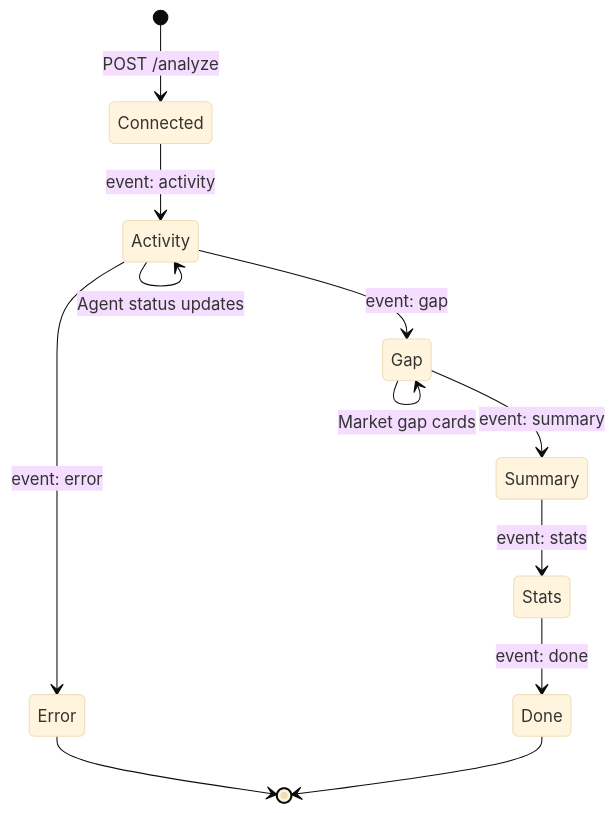
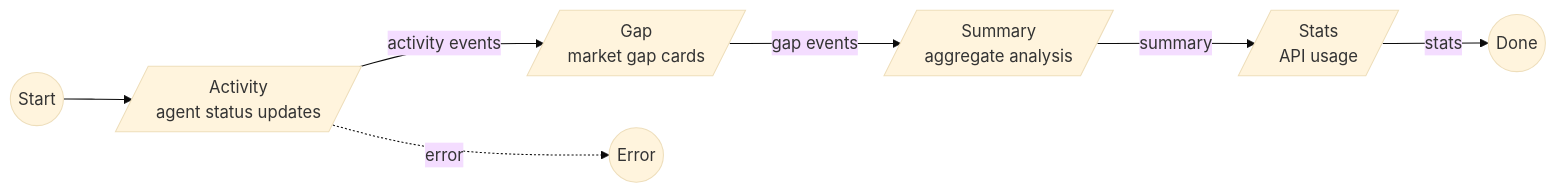
One commit to omorros/Blindspot. changed the fourth of 6 diagrams in README.md. Above: the diagram before and after it, drawn with Mermaid (base theme). The commit also changed other lines of this file, not shown here.

````diff
--- a/README.md
+++ b/README.md
@@ -207,15 +219,14 @@
 ```mermaid
-stateDiagram-v2
-    [*] --> Connected: POST /analyze
-    Connected --> Activity: event: activity
-    Activity --> Activity: Agent status updates
-    Activity --> Gap: event: gap
-    Gap --> Gap: Market gap cards
-    Gap --> Summary: event: summary
-    Summary --> Stats: event: stats
-    Stats --> Done: event: done
-    Done --> [*]
+flowchart LR
+    Start((Start)) --> Activity
+    Activity -->|activity events| Gap
+    Gap -->|gap events| Summary
+    Summary -->|summary| Stats
+    Stats -->|stats| Done((Done))
+    Activity -.->|error| Error((Error))
 
-    Activity --> Error: event: error
-    Error --> [*]
+    Activity[/"Activity\n agent status updates"/]
+    Gap[/"Gap\n market gap cards"/]
+    Summary[/"Summary\n aggregate analysis"/]
+    Stats[/"Stats\n API usage"/]
 ```
````
